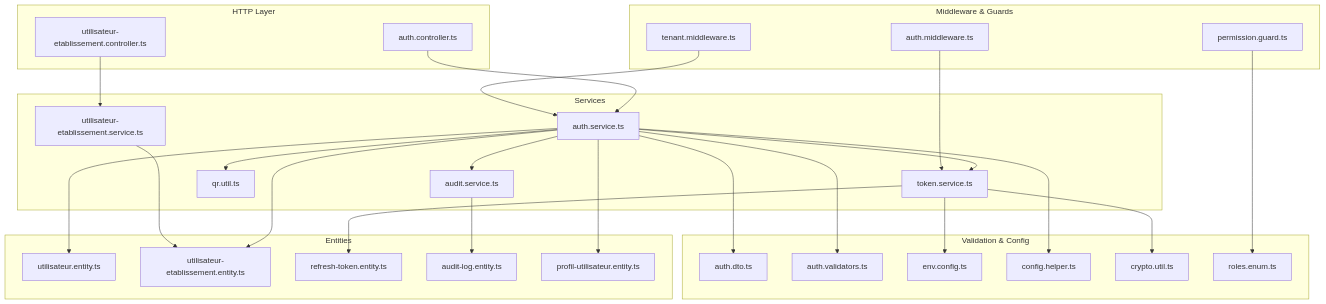
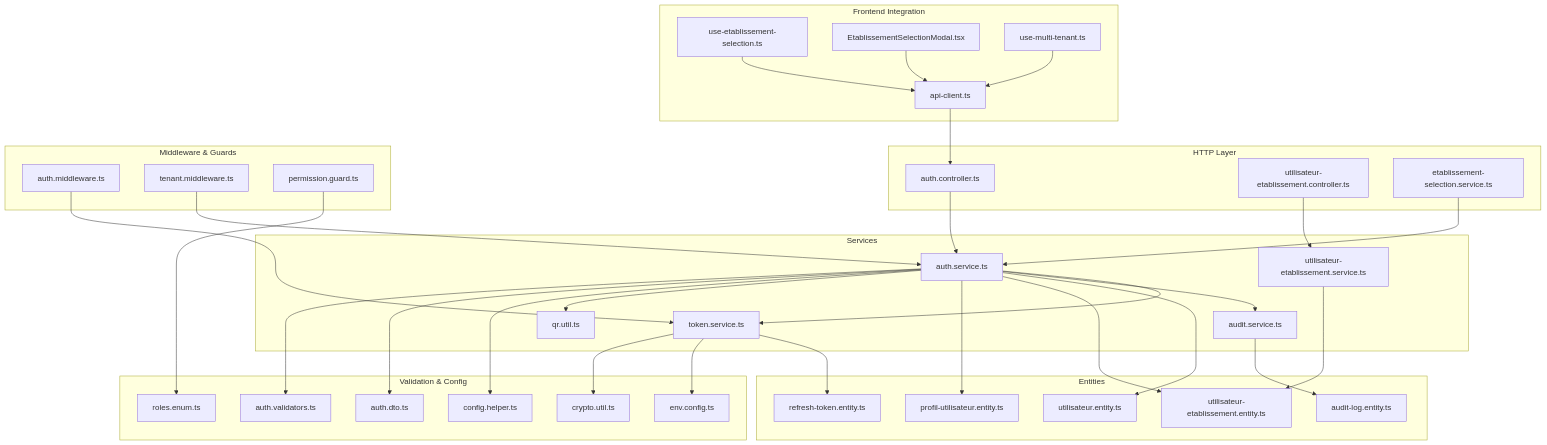
Before and after one commit to franckylab/eLISAschool: the first of 13 diagrams in .qoder/repowiki/en/content/Authentication & Authorization/Authentication Flow.md, drawn with Mermaid. The commit also changed other lines of this file and 281 other files, not shown here.

````diff
--- a/.qoder/repowiki/en/content/Authentication & Authorization/Authentication Flow.md
+++ b/.qoder/repowiki/en/content/Authentication & Authorization/Authentication Flow.md
@@ -61,53 +69,65 @@
 ```mermaid
 graph TB
 subgraph "HTTP Layer"
 AC["auth.controller.ts"]
 UEC["utilisateur-etablissement.controller.ts"]
+ES["etablissement-selection.service.ts"]
 end
 subgraph "Services"
 AS["auth.service.ts"]
 UES["utilisateur-etablissement.service.ts"]
 TS["token.service.ts"]
 AUD["audit.service.ts"]
 QRU["qr.util.ts"]
 end
 subgraph "Middleware & Guards"
 AMW["auth.middleware.ts"]
 TMW["tenant.middleware.ts"]
 PG["permission.guard.ts"]
 end
 subgraph "Entities"
 UE["utilisateur.entity.ts"]
 UTE["utilisateur-etablissement.entity.ts"]
 RTE["refresh-token.entity.ts"]
 ALE["audit-log.entity.ts"]
 PE["profil-utilisateur.entity.ts"]
 end
 subgraph "Validation & Config"
 DTO["auth.dto.ts"]
 AV["auth.validators.ts"]
 ENV["env.config.ts"]
 CFG["config.helper.ts"]
 CRYPTO["crypto.util.ts"]
 ROLES["roles.enum.ts"]
 end
+subgraph "Frontend Integration"
+API["api-client.ts"]
+HOOK["use-etablissement-selection.ts"]
+MODAL["EtablissementSelectionModal.tsx"]
+MT["use-multi-tenant.ts"]
+end
 AC --> AS
 UEC --> UES
+ES --> AS
 AS --> TS
 AS --> AUD
 AS --> UE
 AS --> UTE
 AS --> PE
 AS --> QRU
 UES --> UTE
 TS --> RTE
 AMW --> TS
 TMW --> AS
 PG --> ROLES
 AS --> CFG
 TS --> ENV
 AS --> DTO
 AS --> AV
 TS --> CRYPTO
 AUD --> ALE
+API --> AC
+HOOK --> API
+MODAL --> API
+MT --> API
 ```
````
